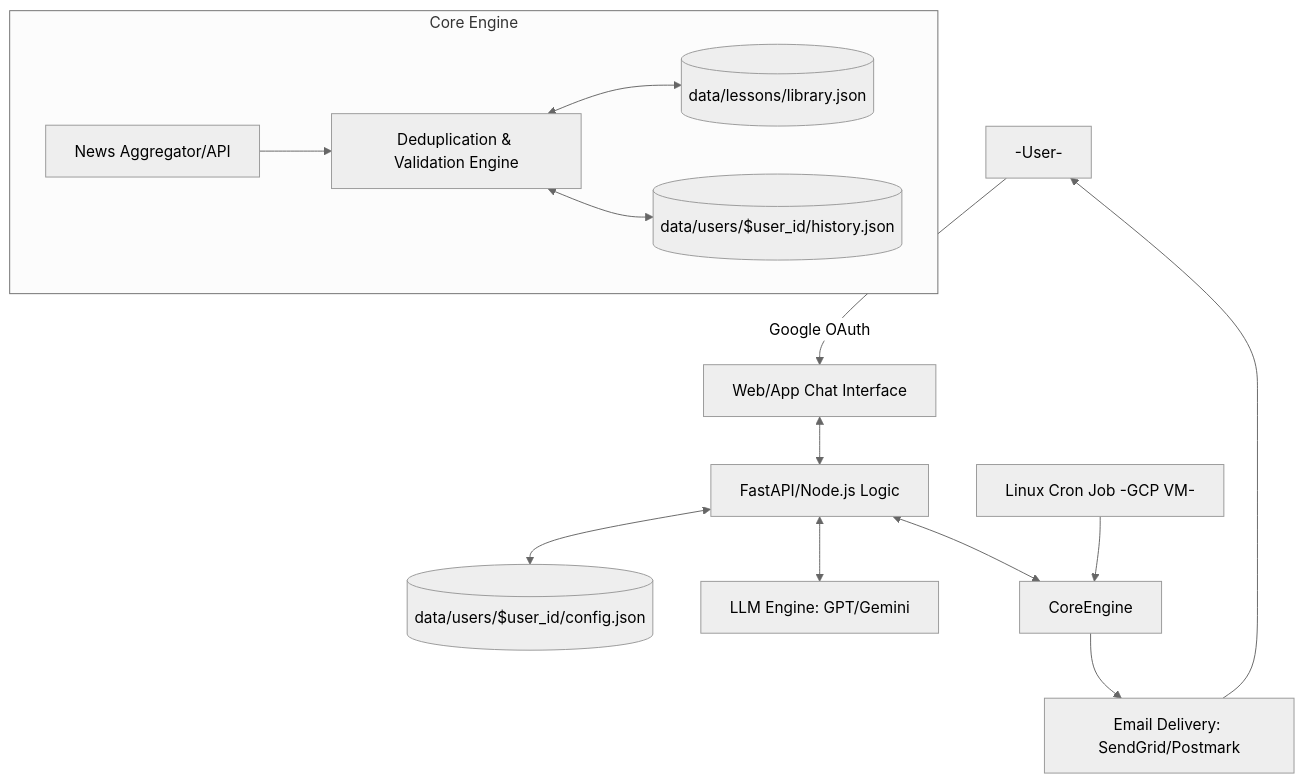
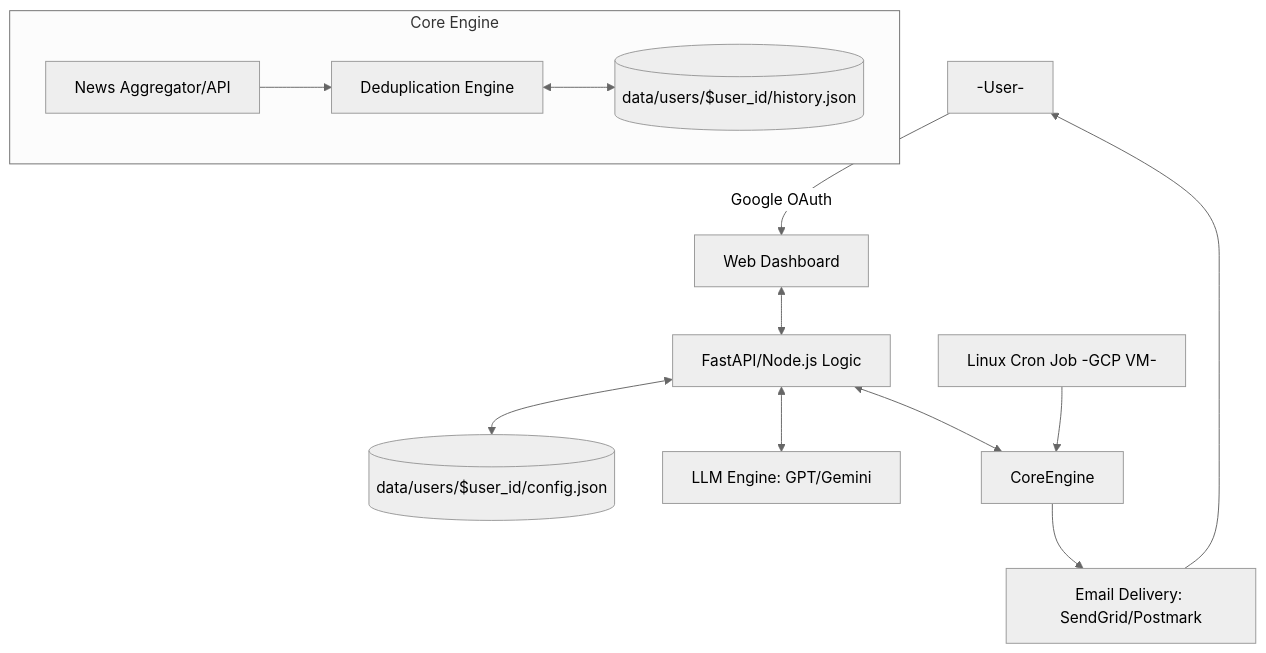
The diagram in design.md (Zway68/AI-newsletter), drawn with Mermaid (neutral theme) before and after one commit. The commit also changed other lines of this file and 3 other files, not shown here.

Commit message:
Simplify project scope: remove Chat UI and Lesson framework, replace with Prompt

````diff
--- a/design.md
+++ b/design.md
@@ -7,19 +7,18 @@
 ```mermaid
 graph TD
-    User[-User-] -- "Google OAuth" --> UI[Web/App Chat Interface]
+    User[-User-] -- "Google OAuth" --> UI[Web Dashboard]
     UI <--> Backend[FastAPI/Node.js Logic]
     Backend <--> Prefs[(data/users/$user_id/config.json)]
     Backend <--> LLM[LLM Engine: GPT/Gemini]
     
     subgraph Core Engine
-        Aggregator[News Aggregator/API] --> Validator[Deduplication & Validation Engine]
-        Validator <--> LessonLibrary[(data/lessons/library.json)]
+        Aggregator[News Aggregator/API] --> Validator[Deduplication Engine]
         Validator <--> History[(data/users/$user_id/history.json)]
     end
     
     Backend <--> CoreEngine
     CoreEngine --> EmailService[Email Delivery: SendGrid/Postmark]
     EmailService --> User
     
     Cron[Linux Cron Job -GCP VM-] --> CoreEngine
 ```
````
